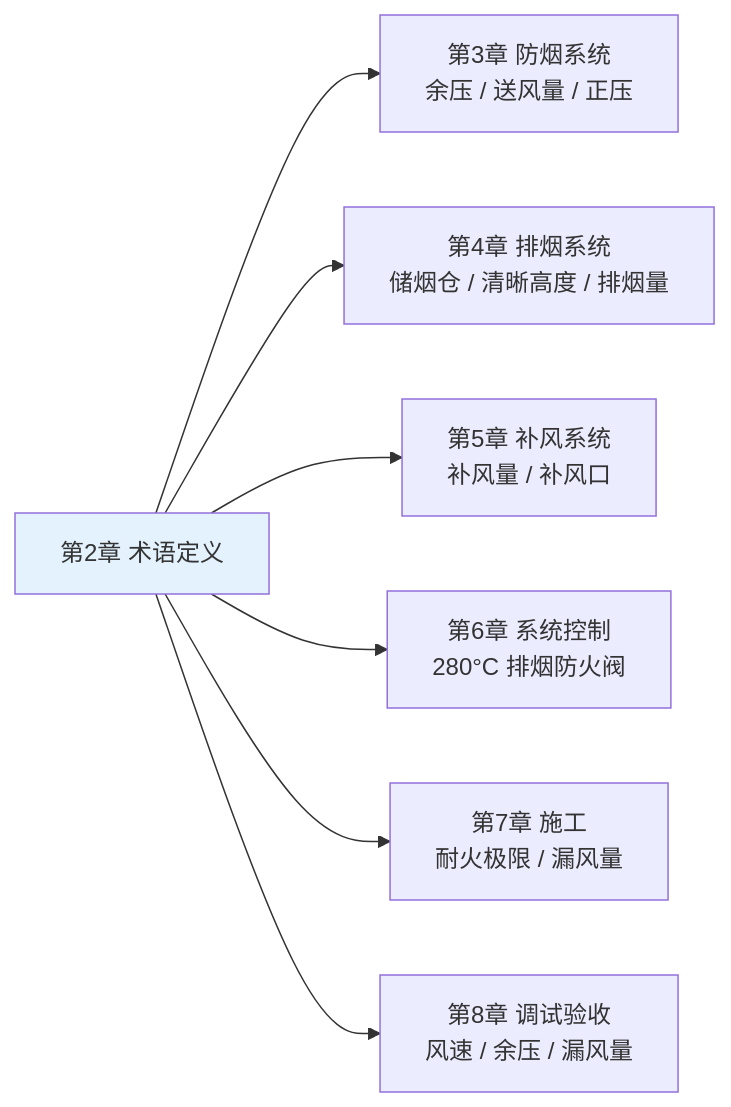
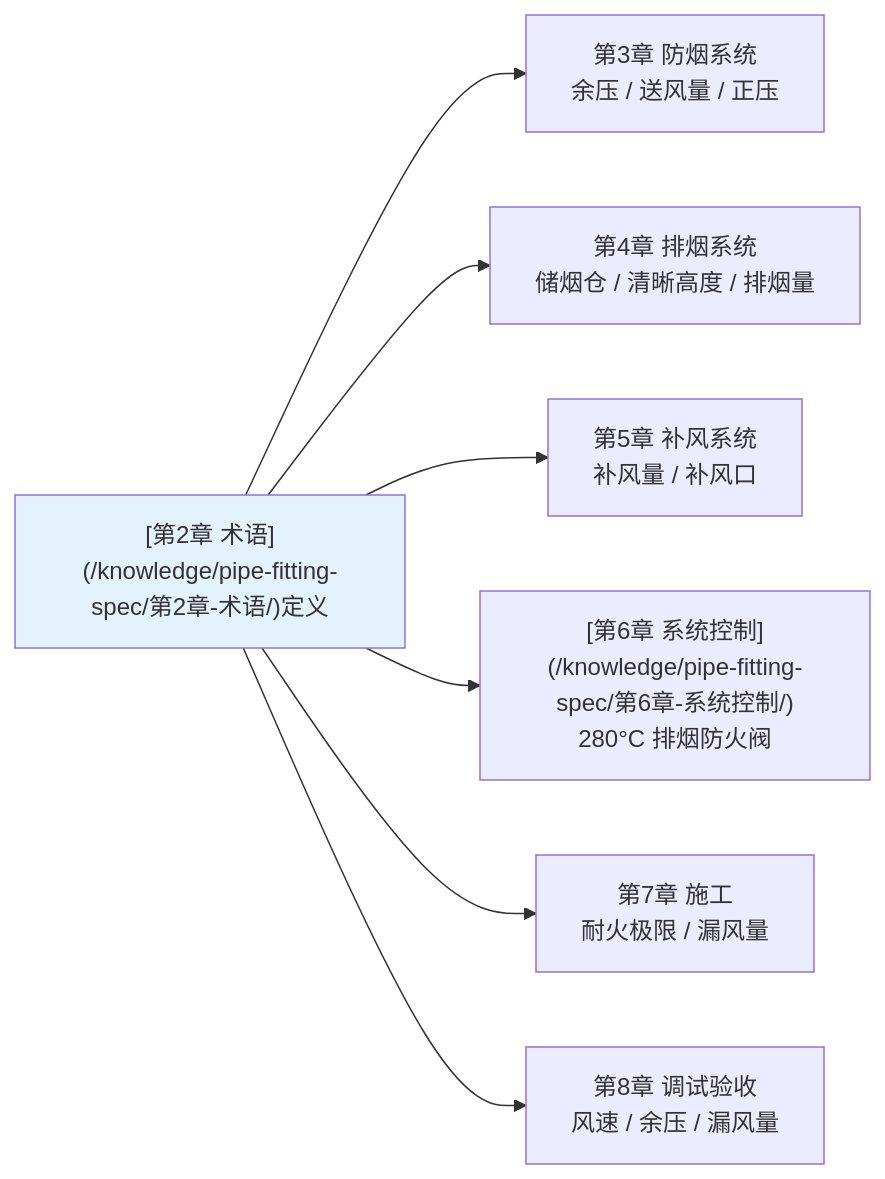
Before and after one commit to TGQ-HUA/blog: the second of 2 diagrams in content/knowledge/pipe-fitting-spec/第2章-术语与符号.md, drawn with Mermaid. The commit also changed other lines of this file and 182 other files, not shown here.

````diff
--- a/content/knowledge/pipe-fitting-spec/第2章-术语与符号.md
+++ b/content/knowledge/pipe-fitting-spec/第2章-术语与符号.md
@@ -115,11 +115,11 @@
 ```mermaid
 graph LR
-    Terms["第2章 术语定义"] --> Ch3["第3章 防烟系统<br/>余压 / 送风量 / 正压"]
+    Terms["[第2章 术语](/knowledge/pipe-fitting-spec/第2章-术语/)定义"] --> Ch3["第3章 防烟系统<br/>余压 / 送风量 / 正压"]
     Terms --> Ch4["第4章 排烟系统<br/>储烟仓 / 清晰高度 / 排烟量"]
     Terms --> Ch5["第5章 补风系统<br/>补风量 / 补风口"]
-    Terms --> Ch6["第6章 系统控制<br/>280°C 排烟防火阀"]
+    Terms --> Ch6["[第6章 系统控制](/knowledge/pipe-fitting-spec/第6章-系统控制/)<br/>280°C 排烟防火阀"]
     Terms --> Ch7["第7章 施工<br/>耐火极限 / 漏风量"]
     Terms --> Ch8["第8章 调试验收<br/>风速 / 余压 / 漏风量"]
 
     style Terms fill:#e3f2fd
 ```
````
